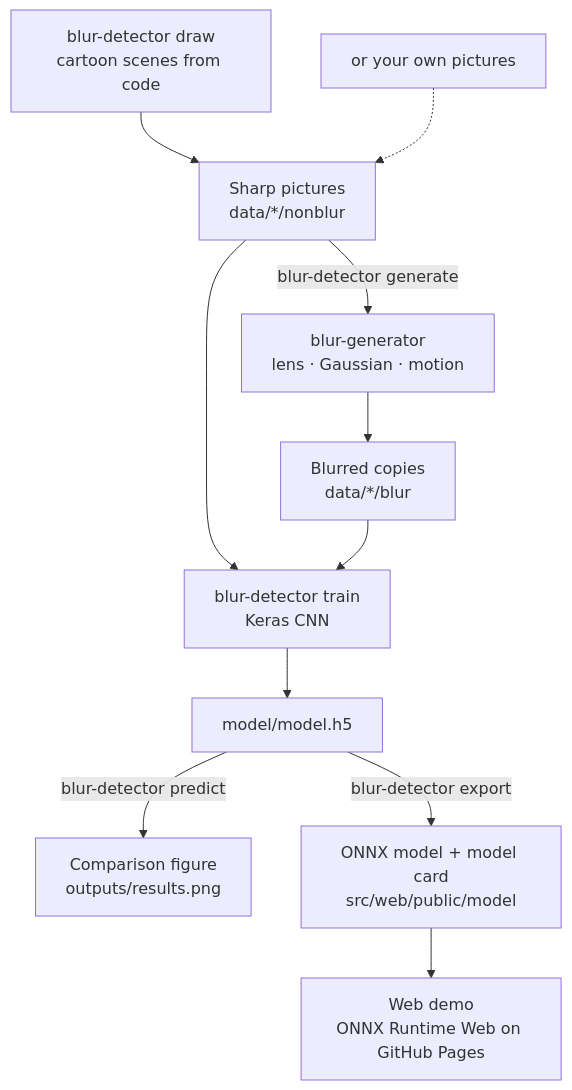
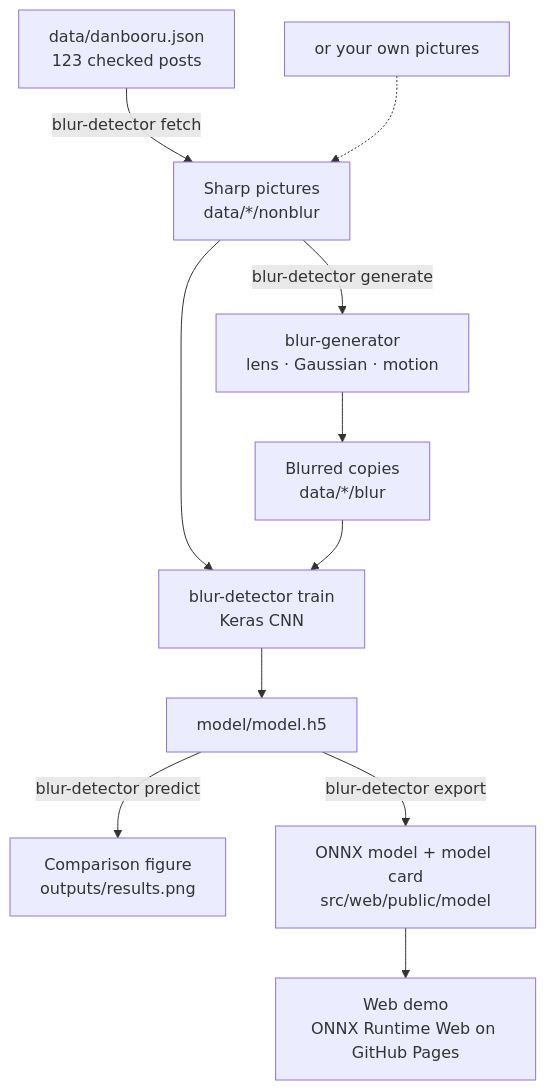
Before and after one commit to NatLee/simply-blur-detector: the diagram in README.md, drawn with Mermaid. The commit also changed other lines of this file and 9 other files, not shown here.

````diff
--- a/README.md
+++ b/README.md
@@ -36,13 +37,13 @@
 ```mermaid
 flowchart TB
-  draw["blur-detector draw<br/>cartoon scenes from code"] --> sharp
+  list["data/danbooru.json<br/>123 checked posts"] -->|"blur-detector fetch"| sharp
   own["or your own pictures"] -.-> sharp
   sharp["Sharp pictures<br/>data/*/nonblur"] -->|"blur-detector generate"| bg["blur-generator<br/>lens · Gaussian · motion"]
   bg --> blurred["Blurred copies<br/>data/*/blur"]
   sharp --> train
   blurred --> train["blur-detector train<br/>Keras CNN"]
   train --> model["model/model.h5"]
   model -->|"blur-detector predict"| figure["Comparison figure<br/>outputs/results.png"]
   model -->|"blur-detector export"| onnx["ONNX model + model card<br/>src/web/public/model"]
   onnx --> web["Web demo<br/>ONNX Runtime Web on GitHub Pages"]
 ```
````
